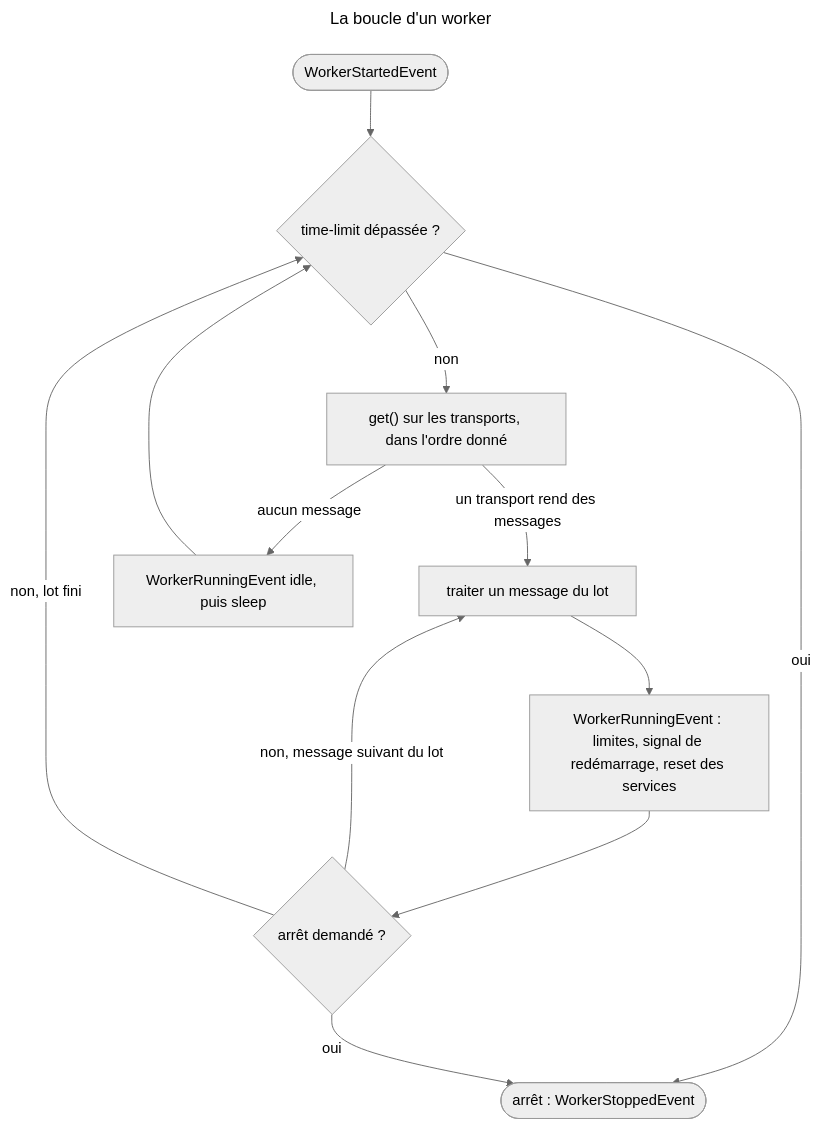
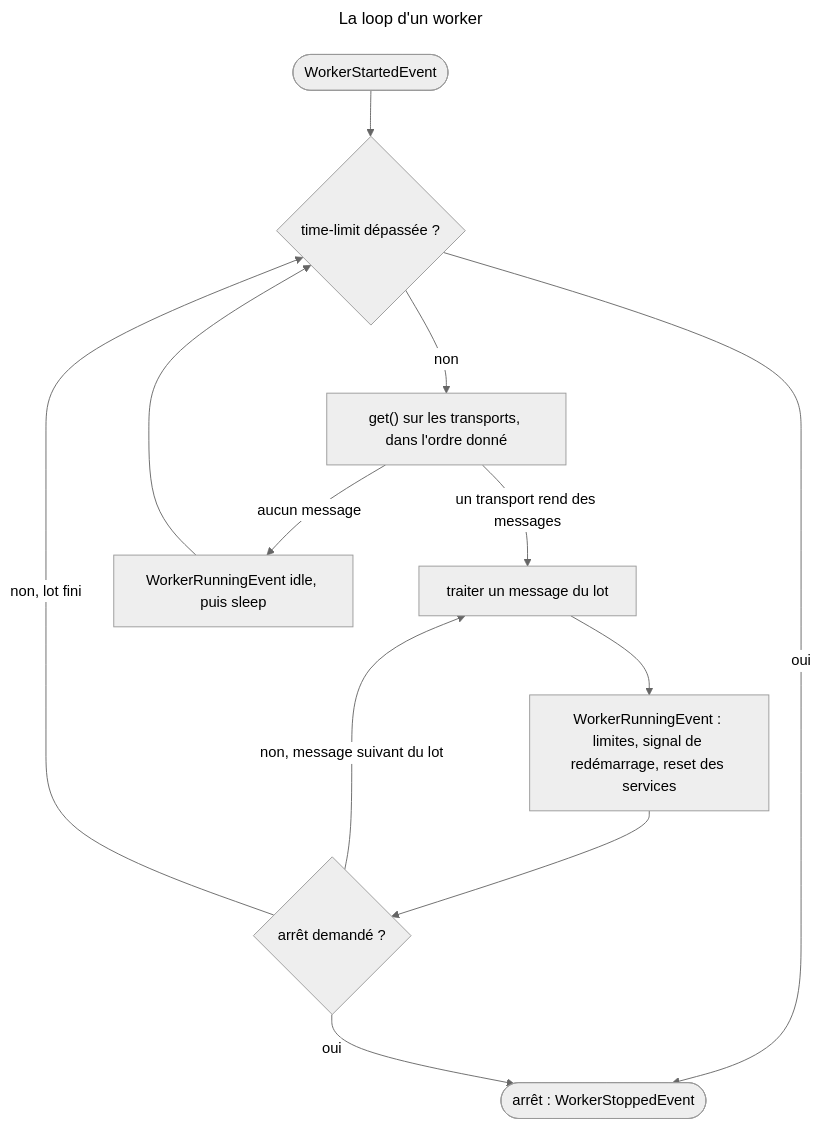
Before and after one commit to jasserYahyaoui/Symfony-8-Certification-Path: the diagram in content/courses/CRS-e5astysks0ty.md, drawn with Mermaid (neutral theme). The commit also changed other lines of this file and 7 other files, not shown here.

````diff
--- a/content/courses/CRS-e5astysks0ty.md
+++ b/content/courses/CRS-e5astysks0ty.md
@@ -85,19 +85,19 @@
 ```mermaid
 ---
-title: La boucle d'un worker
+title: La loop d'un worker
 ---
 flowchart TD
-  accTitle: La boucle de Worker::run, de la lecture des transports à l'arrêt
+  accTitle: La loop de Worker::run, de la lecture des transports à l'arrêt
   accDescr: Au démarrage, le worker émet WorkerStartedEvent. À chaque tour, il s'arrête si la time-limit est dépassée. Sinon il lit les transports dans l'ordre donné. Dès qu'un transport rend des messages, il les traite un par un ; après chacun, WorkerRunningEvent déclenche les listeners de limite, de signal de redémarrage et de remise à zéro des services, et le worker s'arrête si l'un d'eux l'a demandé. Après le lot d'un transport, il repart du premier transport. Si aucun transport n'a de message, il émet WorkerRunningEvent en état idle, dort, puis recommence.
   START(["WorkerStartedEvent"]) --> TIME{"time-limit dépassée ?"}
   TIME -->|"oui"| STOP(["arrêt : WorkerStoppedEvent"])
   TIME -->|"non"| READ["get() sur les transports, dans l'ordre donné"]
   READ -->|"un transport rend des messages"| HANDLE["traiter un message du lot"]
   HANDLE --> RUN["WorkerRunningEvent : limites, signal de redémarrage, reset des services"]
   RUN --> ASK{"arrêt demandé ?"}
   ASK -->|"oui"| STOP
   ASK -->|"non, message suivant du lot"| HANDLE
   ASK -->|"non, lot fini"| TIME
   READ -->|"aucun message"| IDLE["WorkerRunningEvent idle, puis sleep"]
   IDLE --> TIME
 ```
````
